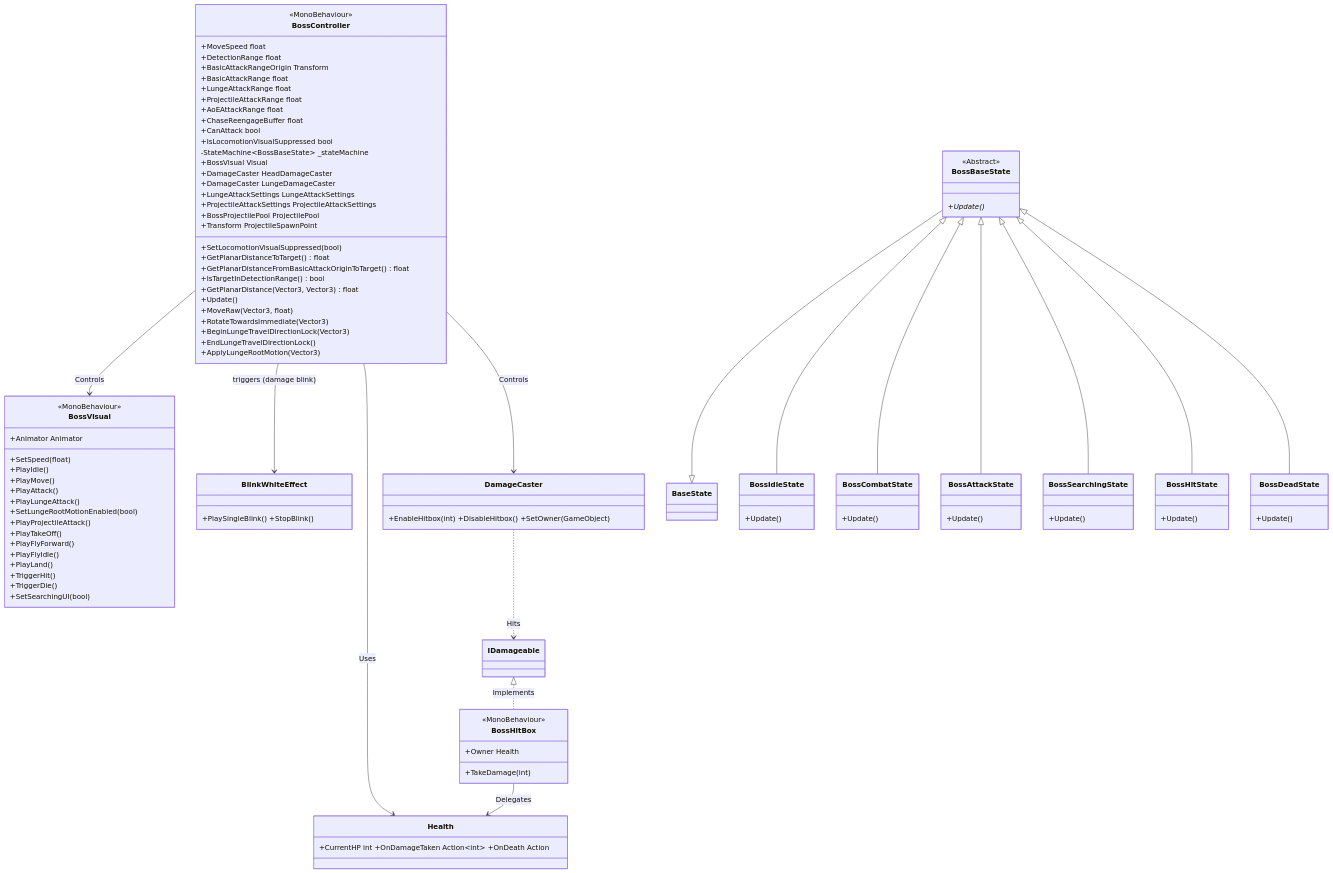
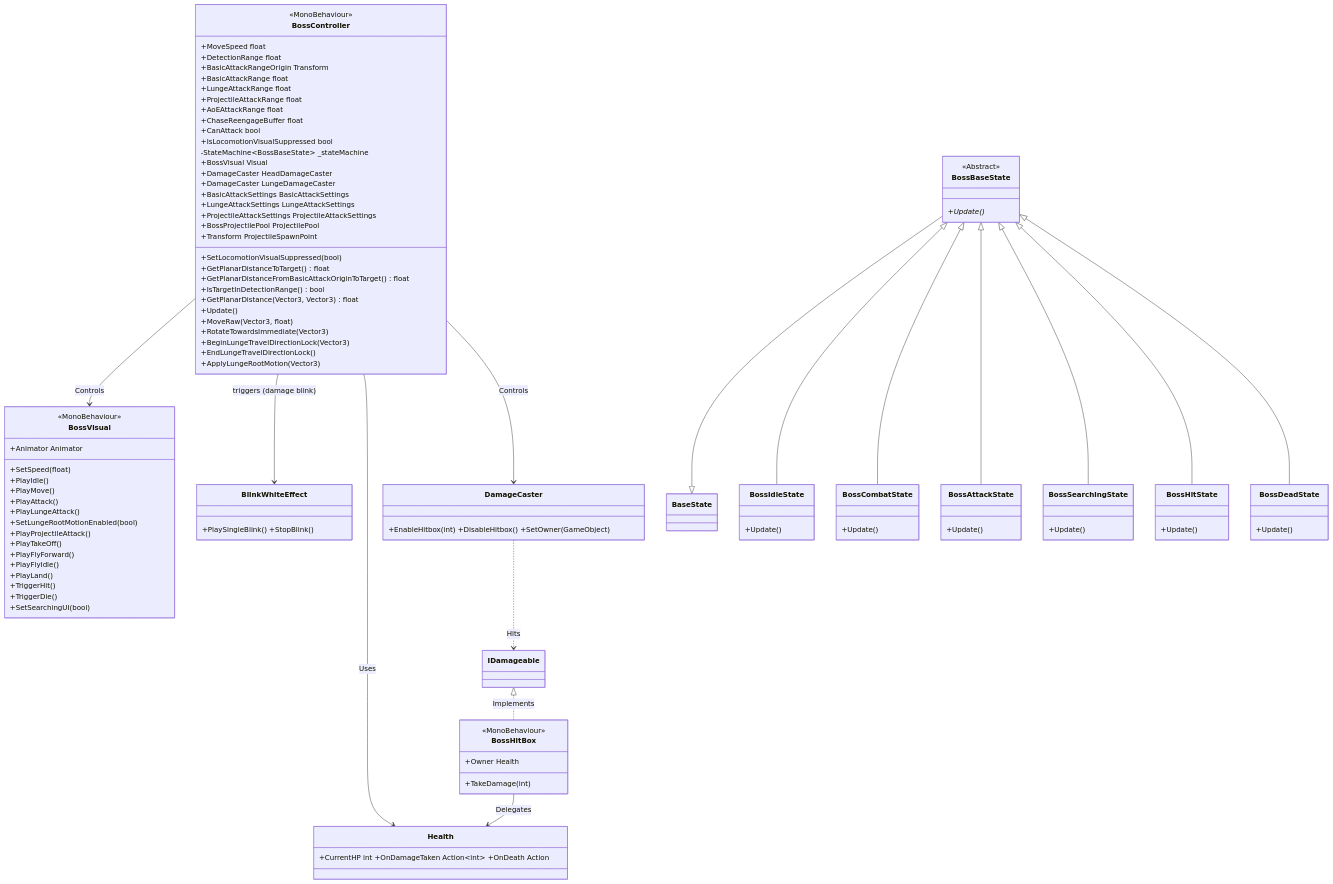
The second of 4 diagrams in docs/technical/System_Blueprint.md (rozlfdl31-prog/BossRaidPortfolio), drawn with Mermaid before and after one commit. The commit also changed other lines of this file and 6 other files, not shown here.

```diff
--- a/docs/technical/System_Blueprint.md
+++ b/docs/technical/System_Blueprint.md
@@ -178,6 +178,7 @@
         +BossVisual Visual
         +DamageCaster HeadDamageCaster
         +DamageCaster LungeDamageCaster
+        +BasicAttackSettings BasicAttackSettings
         +LungeAttackSettings LungeAttackSettings
         +ProjectileAttackSettings ProjectileAttackSettings
         +BossProjectilePool ProjectilePool
```
